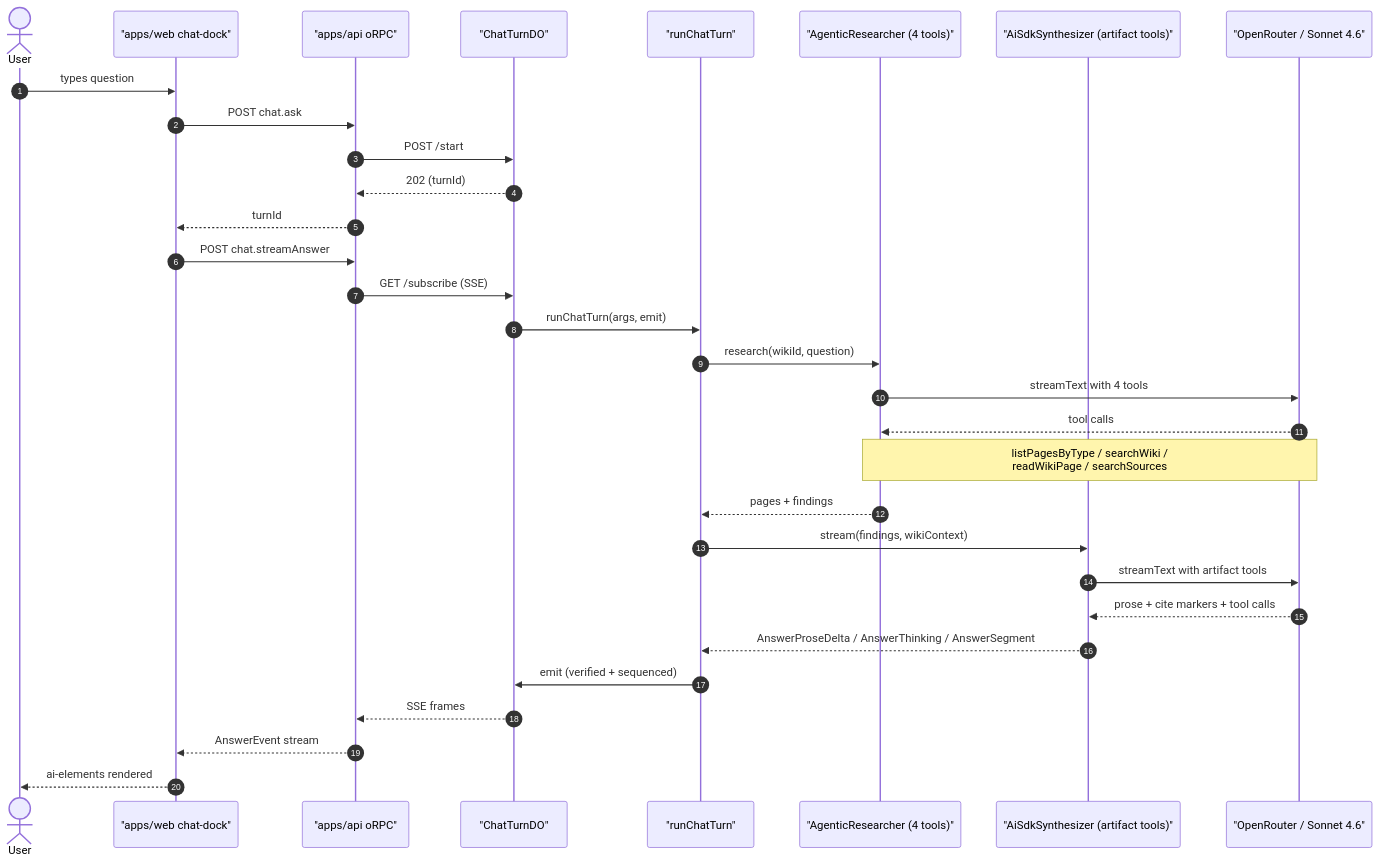
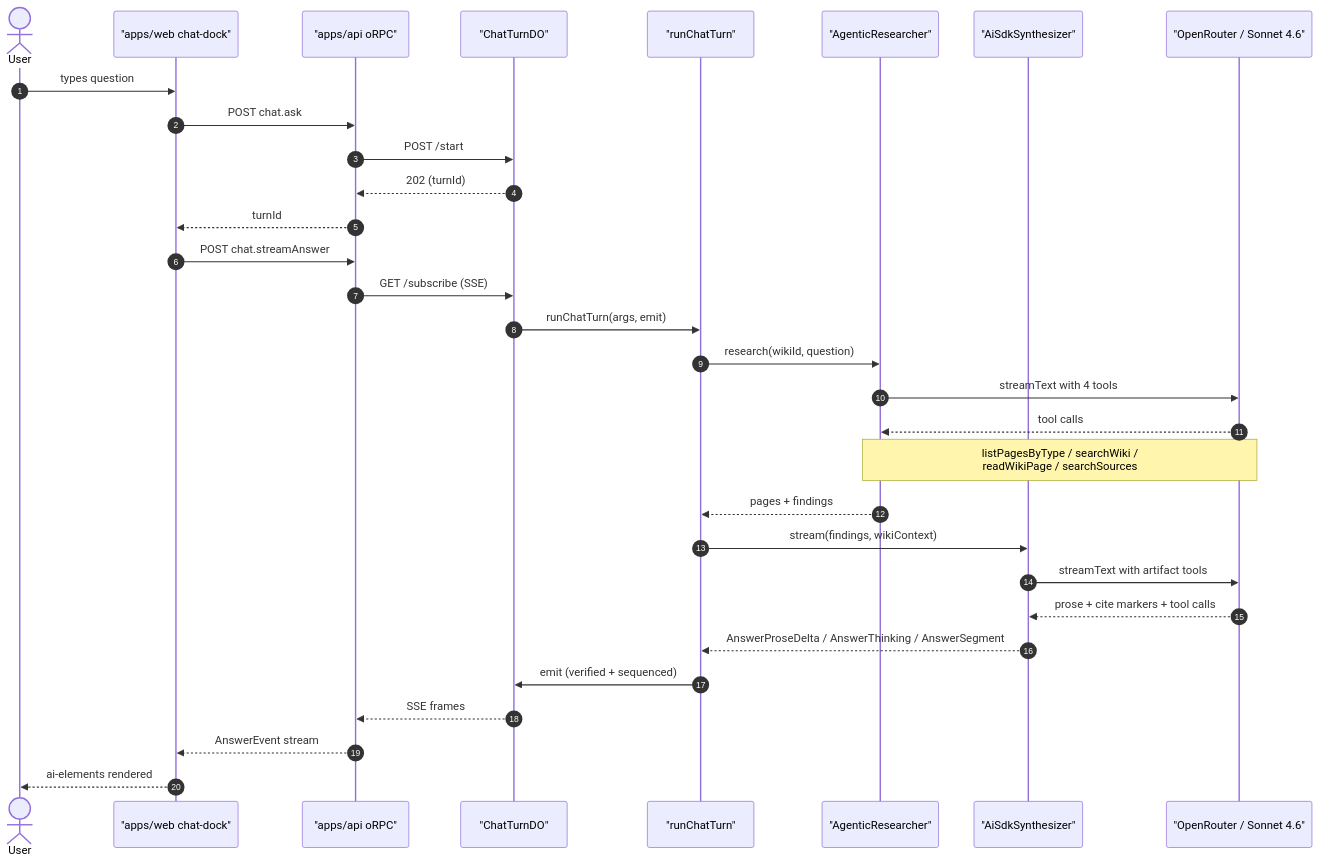
One commit to tonestrike/knowledge-base-wiki changed the fourth of 4 diagrams in docs/architecture/code-tour.md. Above: the diagram before and after it, drawn with Mermaid. The commit also changed other lines of this file and 1 other file, not shown here.

First line of the commit message:
docs: line-anchored deep links throughout code-tour + perspective-flow

````diff
--- a/docs/architecture/code-tour.md
+++ b/docs/architecture/code-tour.md
@@ -287,35 +323,35 @@
 ```mermaid
 sequenceDiagram
     autonumber
     actor User
     participant Web as "apps/web chat-dock"
     participant API as "apps/api oRPC"
     participant DO as "ChatTurnDO"
     participant Runner as "runChatTurn"
-    participant Agent as "AgenticResearcher (4 tools)"
-    participant Synth as "AiSdkSynthesizer (artifact tools)"
+    participant Agent as "AgenticResearcher"
+    participant Synth as "AiSdkSynthesizer"
     participant LLM as "OpenRouter / Sonnet 4.6"
 
     User->>Web: types question
     Web->>API: POST chat.ask
     API->>DO: POST /start
     DO-->>API: 202 (turnId)
     API-->>Web: turnId
     Web->>API: POST chat.streamAnswer
     API->>DO: GET /subscribe (SSE)
 
     DO->>Runner: runChatTurn(args, emit)
     Runner->>Agent: research(wikiId, question)
     Agent->>LLM: streamText with 4 tools
     LLM-->>Agent: tool calls
     Note over Agent,LLM: listPagesByType / searchWiki /<br/>readWikiPage / searchSources
     Agent-->>Runner: pages + findings
     Runner->>Synth: stream(findings, wikiContext)
     Synth->>LLM: streamText with artifact tools
     LLM-->>Synth: prose + cite markers + tool calls
     Synth-->>Runner: AnswerProseDelta / AnswerThinking / AnswerSegment
     Runner->>DO: emit (verified + sequenced)
     DO-->>API: SSE frames
     API-->>Web: AnswerEvent stream
     Web-->>User: ai-elements rendered
 ```
````
